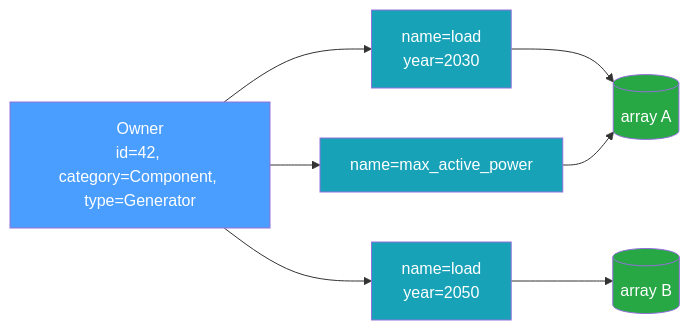
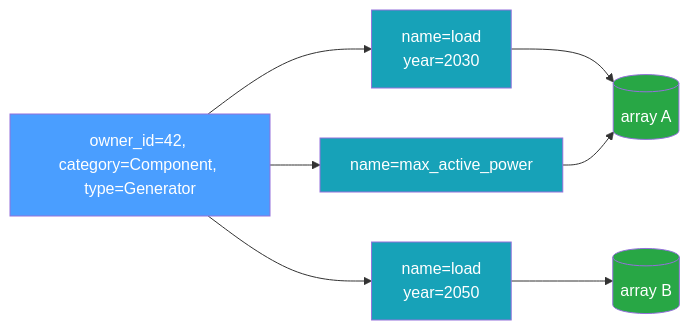
The diagram in docs/src/explanation/data-model.md (NatLabRockies/infrastore), drawn with Mermaid before and after one commit. The commit also changed other lines of this file and 20 other files, not shown here.

````diff
--- a/docs/src/explanation/data-model.md
+++ b/docs/src/explanation/data-model.md
@@ -156,17 +163,17 @@
 ```mermaid
 flowchart LR
-    OWNER["Owner<br/>id=42, category=Component, type=Generator"]
+    OWNER["owner_id=42, category=Component, type=Generator"]
     OWNER --> K1["name=load<br/>year=2030"]
     OWNER --> K2["name=load<br/>year=2050"]
     OWNER --> K3["name=max_active_power"]
     K1 --> A1[("array A")]
     K2 --> A2[("array B")]
     K3 --> A1
 
     style OWNER fill:#4a9eff,color:#fff
     style K1 fill:#17a2b8,color:#fff
     style K2 fill:#17a2b8,color:#fff
     style K3 fill:#17a2b8,color:#fff
     style A1 fill:#28a745,color:#fff
     style A2 fill:#28a745,color:#fff
 ```
````
